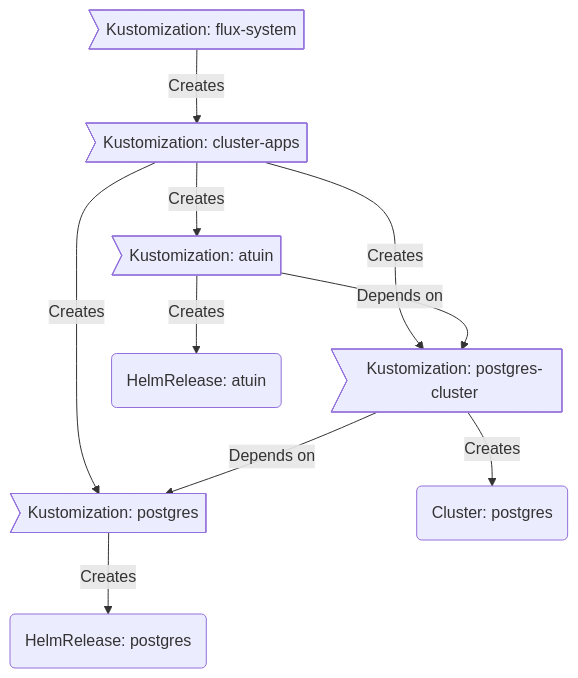
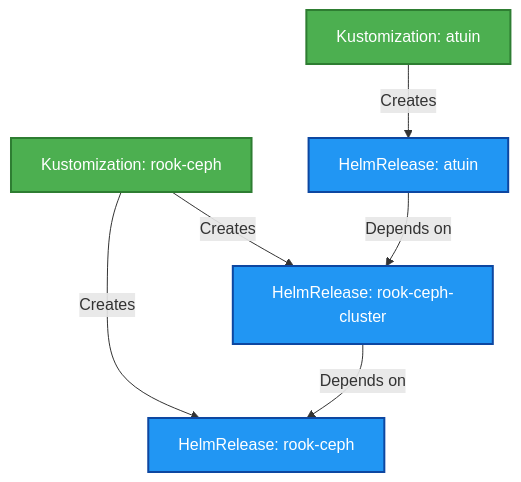
One commit to buroa/k8s-gitops changed the diagram in README.md. Above: the diagram before and after it, drawn with Mermaid. The commit also changed other lines of this file, not shown here.

````diff
--- a/README.md
+++ b/README.md
@@ -92,12 +92,11 @@
 ```mermaid
-graph TD;
-  id1>Kustomization: flux-system] -->|Creates| id2>Kustomization: cluster-apps];
-  id2>Kustomization: cluster-apps] -->|Creates| id3>Kustomization: postgres];
-  id2>Kustomization: cluster-apps] -->|Creates| id5>Kustomization: postgres-cluster]
-  id2>Kustomization: cluster-apps] -->|Creates| id8>Kustomization: atuin]
-  id3>Kustomization: postgres] -->|Creates| id4(HelmRelease: postgres);
-  id5>Kustomization: postgres-cluster] -->|Depends on| id3>Kustomization: postgres];
-  id5>Kustomization: postgres-cluster] -->|Creates| id10(Cluster: postgres);
-  id8>Kustomization: atuin] -->|Creates| id9(HelmRelease: atuin);
-  id8>Kustomization: atuin] -->|Depends on| id5>Kustomization: postgres-cluster];
+graph TD
+    A[Kustomization: rook-ceph]:::kustomize -->|Creates| B[HelmRelease: rook-ceph]:::helm
+    A -->|Creates| C[HelmRelease: rook-ceph-cluster]:::helm
+    C -->|Depends on| B
+    D[Kustomization: atuin]:::kustomize -->|Creates| E[HelmRelease: atuin]:::helm
+    E -->|Depends on| C
+
+    classDef kustomize fill:#4CAF50,stroke:#2E7D32,stroke-width:2px,color:#fff;
+    classDef helm fill:#2196F3,stroke:#0D47A1,stroke-width:2px,color:#fff;
 ```
````
